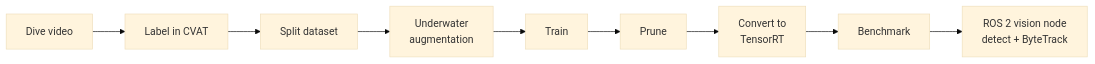
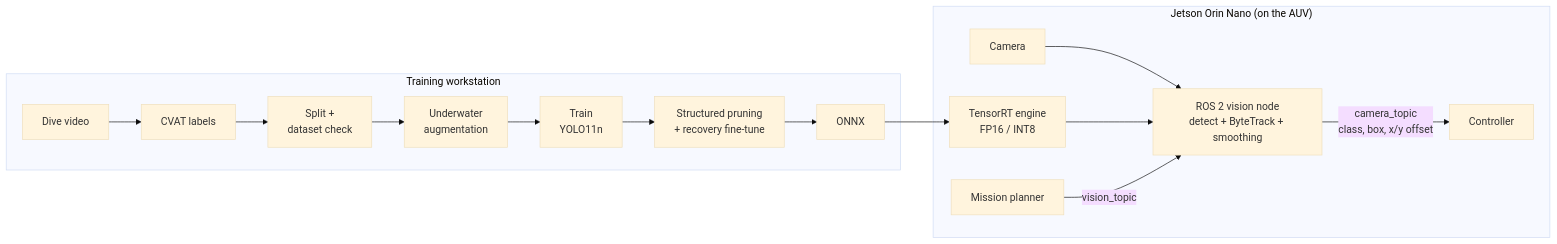
The diagram in README.md (MadLad10/AUV-Vision-Pipeline), drawn with Mermaid (base theme) before and after one commit. The commit also changed other lines of this file, not shown here.

Commit message:
README: lead with technical highlights; full pruning, tracking and deployment sections

````diff
--- a/README.md
+++ b/README.md
@@ -14,11 +33,16 @@
 ```mermaid
 flowchart LR
-    A[Dive video] --> B[Label in CVAT]
-    B --> C[Split dataset]
-    C --> D[Underwater<br/>augmentation]
-    D --> E[Train]
-    E --> F[Prune]
-    F --> G[Convert to<br/>TensorRT]
-    G --> H[Benchmark]
-    H --> I[ROS 2 vision node<br/>detect + ByteTrack]
+    subgraph Offline["Training workstation"]
+        A[Dive video] --> B[CVAT labels] --> C[Split +<br/>dataset check]
+        C --> D[Underwater<br/>augmentation] --> E[Train<br/>YOLO11n]
+        E --> F[Structured pruning<br/>+ recovery fine-tune]
+        F --> G[ONNX]
+    end
+    subgraph Jetson["Jetson Orin Nano (on the AUV)"]
+        G --> H[TensorRT engine<br/>FP16 / INT8]
+        CAM[Camera] --> N
+        H --> N[ROS 2 vision node<br/>detect + ByteTrack + smoothing]
+        M[Mission planner] -- vision_topic --> N
+        N -- camera_topic<br/>class, box, x/y offset --> CTRL[Controller]
+    end
 ```
````
